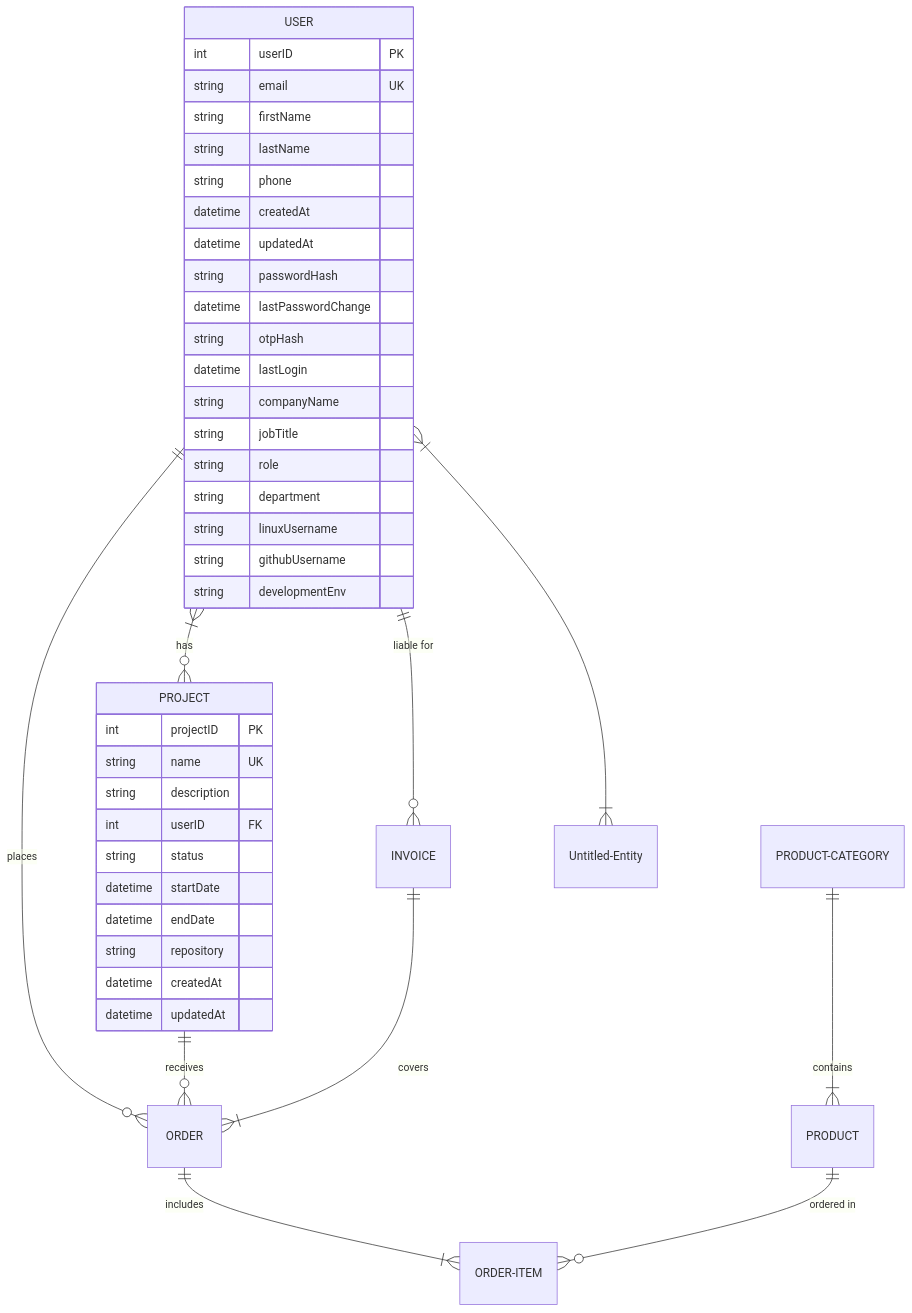
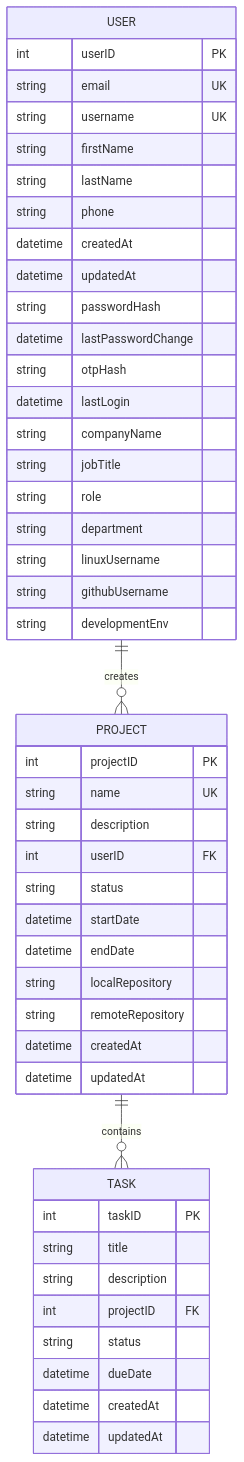
One commit to fevunge/tache-api changed the diagram in docs/database/er-diagram.md. Above: the diagram before and after it, drawn with Mermaid.

Commit message:
docs(database): add username field and task entity to ER diagram

````diff
--- a/docs/database/er-diagram.md
+++ b/docs/database/er-diagram.md
@@ -1,48 +1,53 @@
 ```mermaid
 erDiagram
  direction TB
  USER {
   int userID PK ""
   string email UK ""
+  string username UK ""
   string firstName  ""
   string lastName  ""
   string phone  ""
   datetime createdAt  ""
   datetime updatedAt  ""
   string passwordHash  ""
   datetime lastPasswordChange  ""
   string otpHash  ""
   datetime lastLogin  ""
   string companyName  ""
   string jobTitle  ""
   string role  ""
   string department  ""
   string linuxUsername  ""
   string githubUsername  ""
   string developmentEnv  ""
  }
 
  PROJECT {
   int projectID PK ""
   string name UK ""
   string description  ""
   int userID FK ""
   string status  ""
   datetime startDate  ""
   datetime endDate  ""
-  string repository  ""
+  string localRepository  ""
+  string remoteRepository  ""
   datetime createdAt  ""
   datetime updatedAt  ""
  }
 
+TASK {
+  int taskID PK ""
+  string title  ""
+  string description  ""
+  int projectID FK ""
+  string status  ""
+  datetime dueDate  ""
+  datetime createdAt  ""
+  datetime updatedAt  ""
+ }
 
- USER}|--o{PROJECT:"has"
- USER||--o{ORDER:"places"
- USER||--o{INVOICE:"liable for"
- PROJECT||--o{ORDER:"receives"
- INVOICE||--|{ORDER:"covers"
- ORDER||--|{ORDER-ITEM:"includes"
- PRODUCT-CATEGORY||--|{PRODUCT:"contains"
- PRODUCT||--o{ORDER-ITEM:"ordered in"
- USER}|--|{Untitled-Entity:"  "
+USER ||--o{ PROJECT : "creates"
+PROJECT ||--o{ TASK : "contains"
 ```
````
